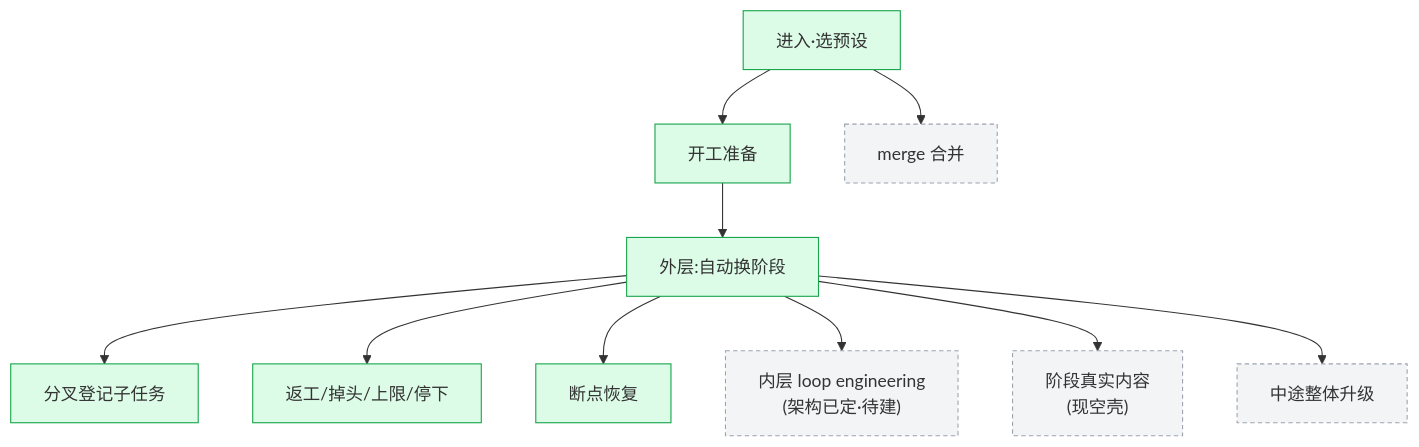
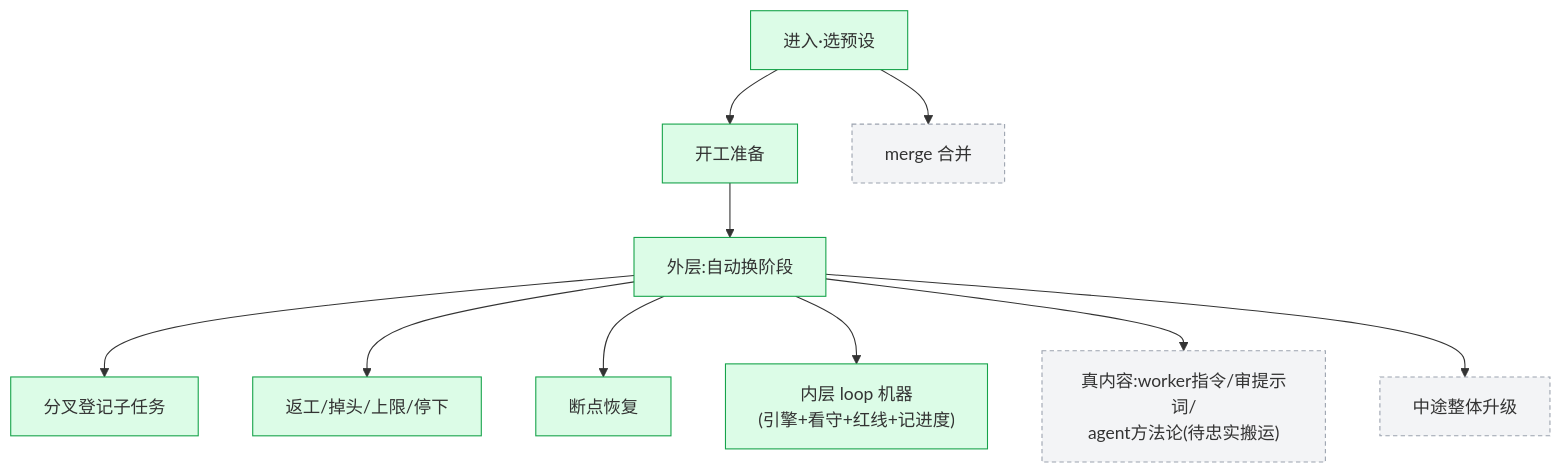
Before and after one commit to chancheuklap/multi-model-workflow: the eighth of 9 diagrams in plugin2/OVERVIEW.md, drawn with Mermaid. The commit also changed other lines of this file, not shown here.

Commit message:
docs(plugin2): 现状更新 —— 内层机器已建,真内容待搬(81 断言)
Claude-Session: https://claude.ai/code/session_01J8CguiXAMXTCSpjwFfuqPA

````diff
--- a/plugin2/OVERVIEW.md
+++ b/plugin2/OVERVIEW.md
@@ -310,14 +310,14 @@
 ```mermaid
 flowchart TD
     IN["进入·选预设"]:::done --> PREP["开工准备"]:::done --> OUT["外层:自动换阶段"]:::done
     OUT --> SPIN["分叉登记子任务"]:::done
     OUT --> CAP["返工/掉头/上限/停下"]:::done
     OUT --> RES["断点恢复"]:::done
-    OUT --> INNER["内层 loop engineering<br/>(架构已定·待建)"]:::todo
-    OUT --> CONTENT["阶段真实内容<br/>(现空壳)"]:::todo
+    OUT --> INNER["内层 loop 机器<br/>(引擎+看守+红线+记进度)"]:::done
+    OUT --> CONTENT["真内容:worker指令/审提示词/<br/>agent方法论(待忠实搬运)"]:::todo
     IN --> MERGE["merge 合并"]:::todo
     OUT --> UP["中途整体升级"]:::todo
 
     classDef done fill:#dcfce7,stroke:#16a34a
     classDef todo fill:#f3f4f6,stroke:#9ca3af,stroke-dasharray:4 3
 ```
````
